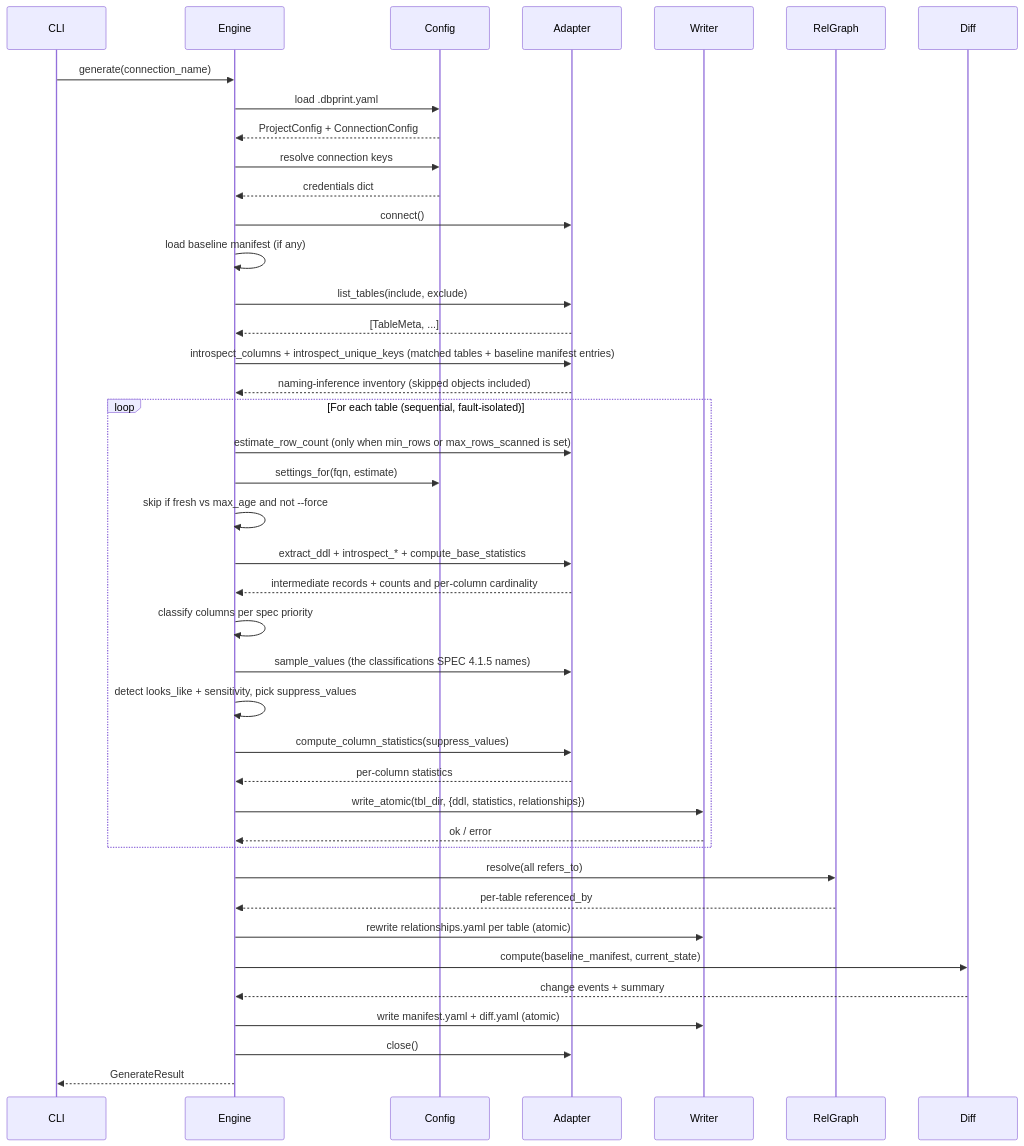
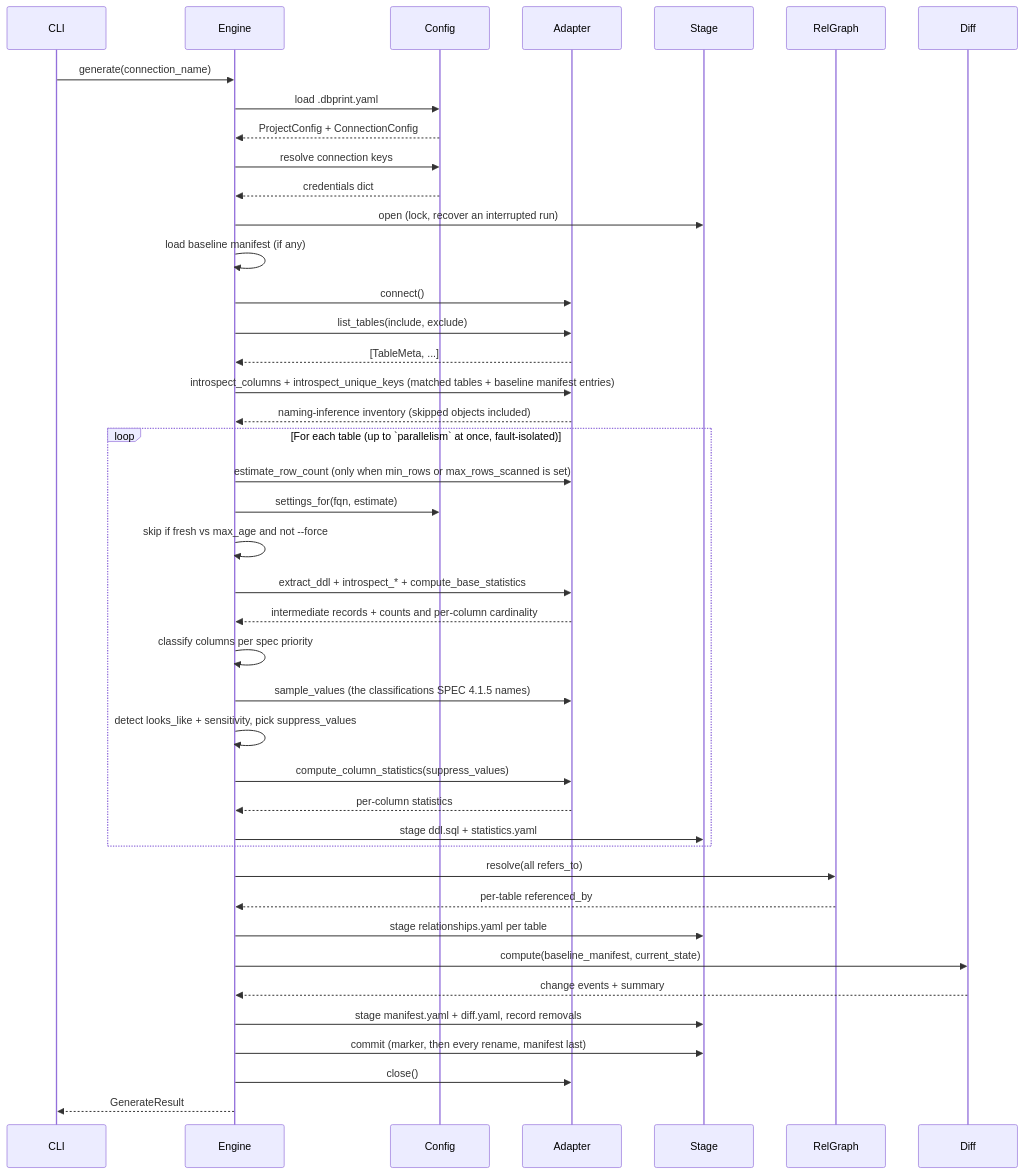
One commit to jakubro/dbprint changed the first of 6 diagrams in docs/ARCHITECTURE.md. Above: the diagram before and after it, drawn with Mermaid. The commit also changed other lines of this file and 500 other files, not shown here.

````diff
--- a/docs/ARCHITECTURE.md
+++ b/docs/ARCHITECTURE.md
@@ -582,48 +429,49 @@
 ```mermaid
 sequenceDiagram
     participant CLI
     participant Engine
     participant Config
     participant Adapter
-    participant Writer
+    participant Stage
     participant RGraph as RelGraph
     participant Diff
 
     CLI->>Engine: generate(connection_name)
     Engine->>Config: load .dbprint.yaml
     Config-->>Engine: ProjectConfig + ConnectionConfig
     Engine->>Config: resolve connection keys
     Config-->>Engine: credentials dict
+    Engine->>Stage: open (lock, recover an interrupted run)
+    Engine->>Engine: load baseline manifest (if any)
     Engine->>Adapter: connect()
-    Engine->>Engine: load baseline manifest (if any)
     Engine->>Adapter: list_tables(include, exclude)
     Adapter-->>Engine: [TableMeta, ...]
 
     Engine->>Adapter: introspect_columns + introspect_unique_keys (matched tables + baseline manifest entries)
     Adapter-->>Engine: naming-inference inventory (skipped objects included)
 
-    loop For each table (sequential, fault-isolated)
+    loop For each table (up to `parallelism` at once, fault-isolated)
         Engine->>Adapter: estimate_row_count (only when min_rows or max_rows_scanned is set)
         Engine->>Config: settings_for(fqn, estimate)
         Engine->>Engine: skip if fresh vs max_age and not --force
         Engine->>Adapter: extract_ddl + introspect_* + compute_base_statistics
         Adapter-->>Engine: intermediate records + counts and per-column cardinality
         Engine->>Engine: classify columns per spec priority
         Engine->>Adapter: sample_values (the classifications SPEC 4.1.5 names)
         Engine->>Engine: detect looks_like + sensitivity, pick suppress_values
         Engine->>Adapter: compute_column_statistics(suppress_values)
         Adapter-->>Engine: per-column statistics
-        Engine->>Writer: write_atomic(tbl_dir, {ddl, statistics, relationships})
-        Writer-->>Engine: ok / error
+        Engine->>Stage: stage ddl.sql + statistics.yaml
     end
 
     Engine->>RGraph: resolve(all refers_to)
     RGraph-->>Engine: per-table referenced_by
-    Engine->>Writer: rewrite relationships.yaml per table (atomic)
+    Engine->>Stage: stage relationships.yaml per table
 
     Engine->>Diff: compute(baseline_manifest, current_state)
     Diff-->>Engine: change events + summary
-    Engine->>Writer: write manifest.yaml + diff.yaml (atomic)
+    Engine->>Stage: stage manifest.yaml + diff.yaml, record removals
+    Engine->>Stage: commit (marker, then every rename, manifest last)
     Engine->>Adapter: close()
     Engine-->>CLI: GenerateResult
 ```
````
